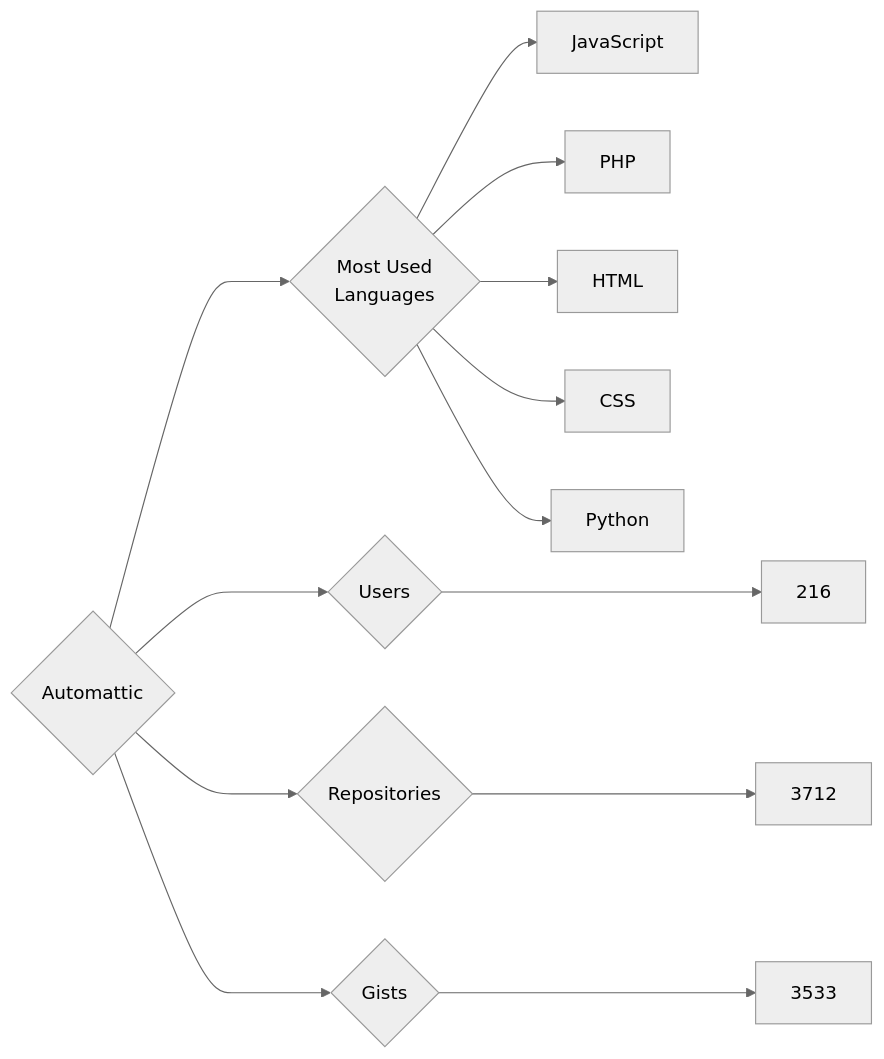
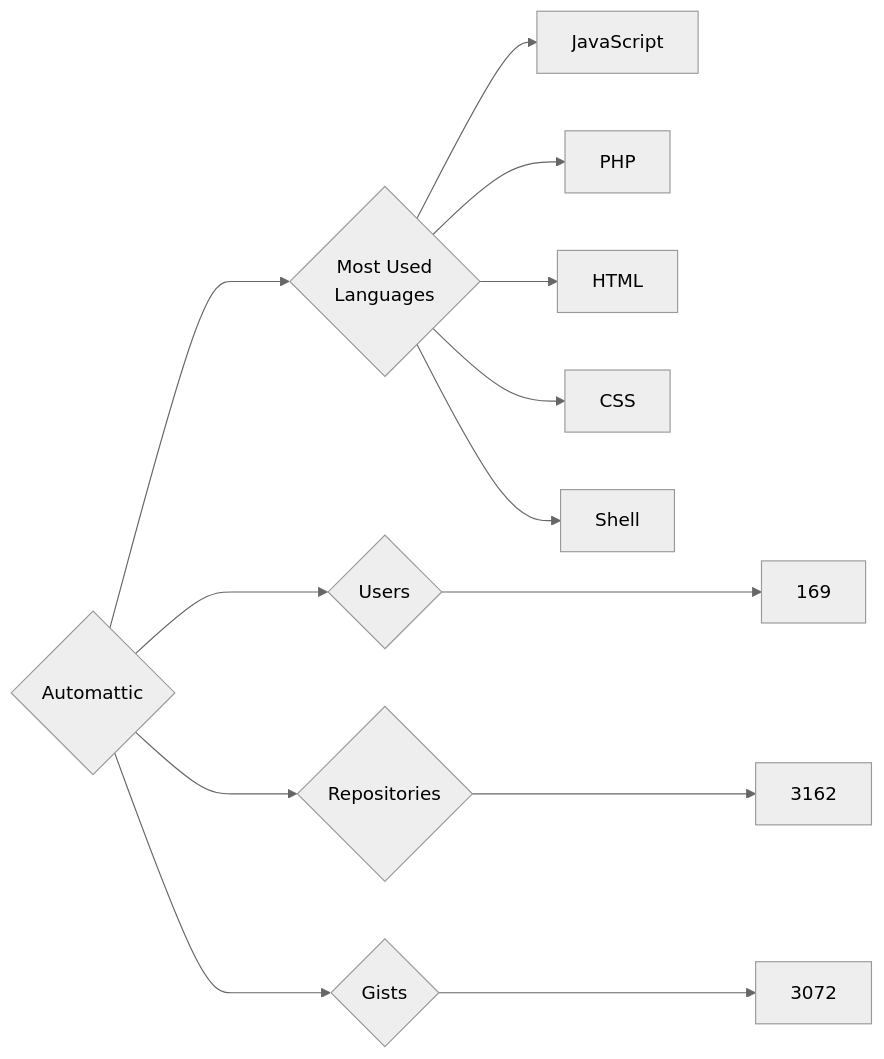
The diagram in targets/Automattic/README.md (trickest/insiders), drawn with Mermaid (neutral theme) before and after one commit. The commit also changed 622 other files, not shown here.

````diff
--- a/targets/Automattic/README.md
+++ b/targets/Automattic/README.md
@@ -3,13 +3,13 @@
 ```mermaid
 graph LR
 COMPANY_NAME{Automattic}
-COMPANY_NAME ---> U{Users} ---> UN[216]
-COMPANY_NAME ---> R{Repositories} ---> RN[3712]
-COMPANY_NAME ---> G{Gists} ---> GN[3533]
+COMPANY_NAME ---> U{Users} ---> UN[169]
+COMPANY_NAME ---> R{Repositories} ---> RN[3162]
+COMPANY_NAME ---> G{Gists} ---> GN[3072]
 COMPANY_NAME ---> ML{Most Used<br>Languages}
 ML --> JavaScript[JavaScript]
 ML --> PHP[PHP]
 ML --> HTML[HTML]
 ML --> CSS[CSS]
-ML --> Python[Python]
+ML --> Shell[Shell]
 ```
````
